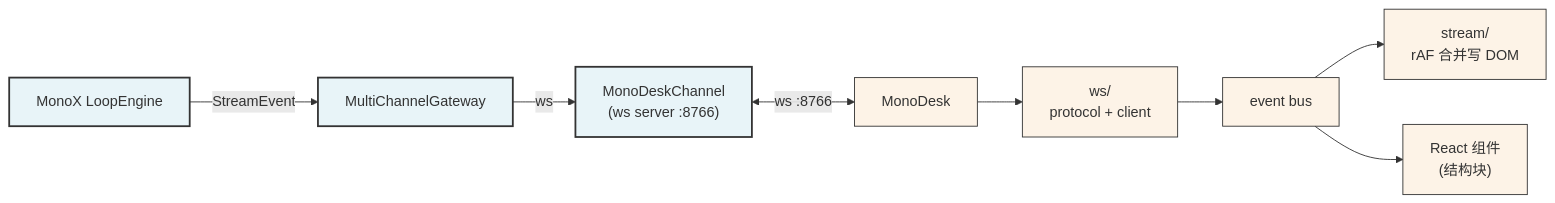
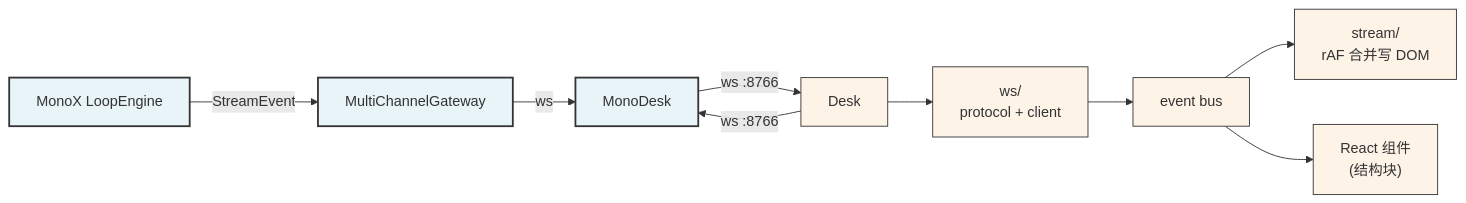
Before and after one commit to halcyonway/MonoDesk: the diagram in README.md, drawn with Mermaid.

Commit message:
fix: Mermaid syntax — remove <--> arrow + label-on-arrow

````diff
--- a/README.md
+++ b/README.md
@@ -18,15 +18,16 @@
 ```mermaid
 graph LR
     Loop["MonoX LoopEngine"] -->|StreamEvent| GW["MultiChannelGateway"]
     GW -->|ws| Ch["MonoDeskChannel<br/>(ws server :8766)"]
-    Ch <-->|ws :8766| Desk["MonoDesk"]
+    Ch -->|ws :8766| Desk
+    Desk -->|ws :8766| Ch["MonoDesk"]
     Desk --> WS["ws/<br/>protocol + client"]
     WS --> Bus["event bus"]
     Bus --> Engine["stream/<br/>rAF 合并写 DOM"]
     Bus --> React["React 组件<br/>(结构块)"]
 
     classDef mono fill:#e8f4f8,stroke:#333,stroke-width:2px
     classDef desk fill:#fdf3e7,stroke:#333,stroke-width:1px
     class Loop,GW,Ch mono
     class Desk,WS,Bus,Engine,React desk
 ```
````
